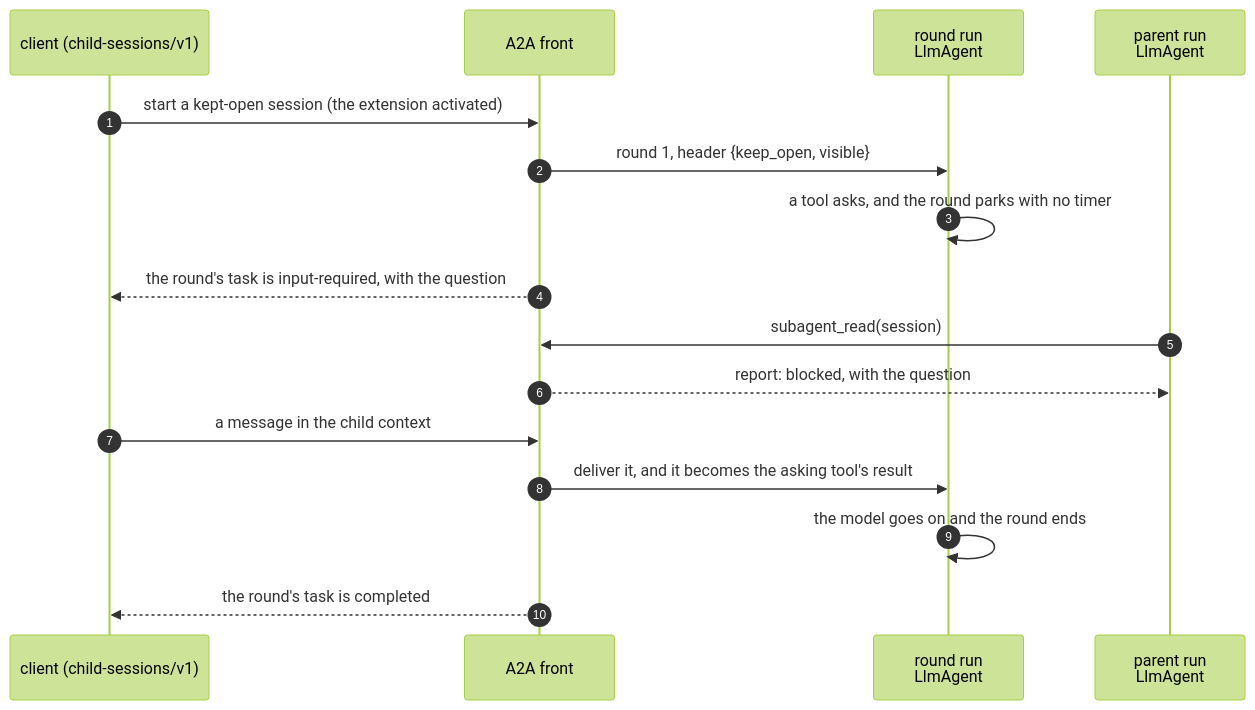
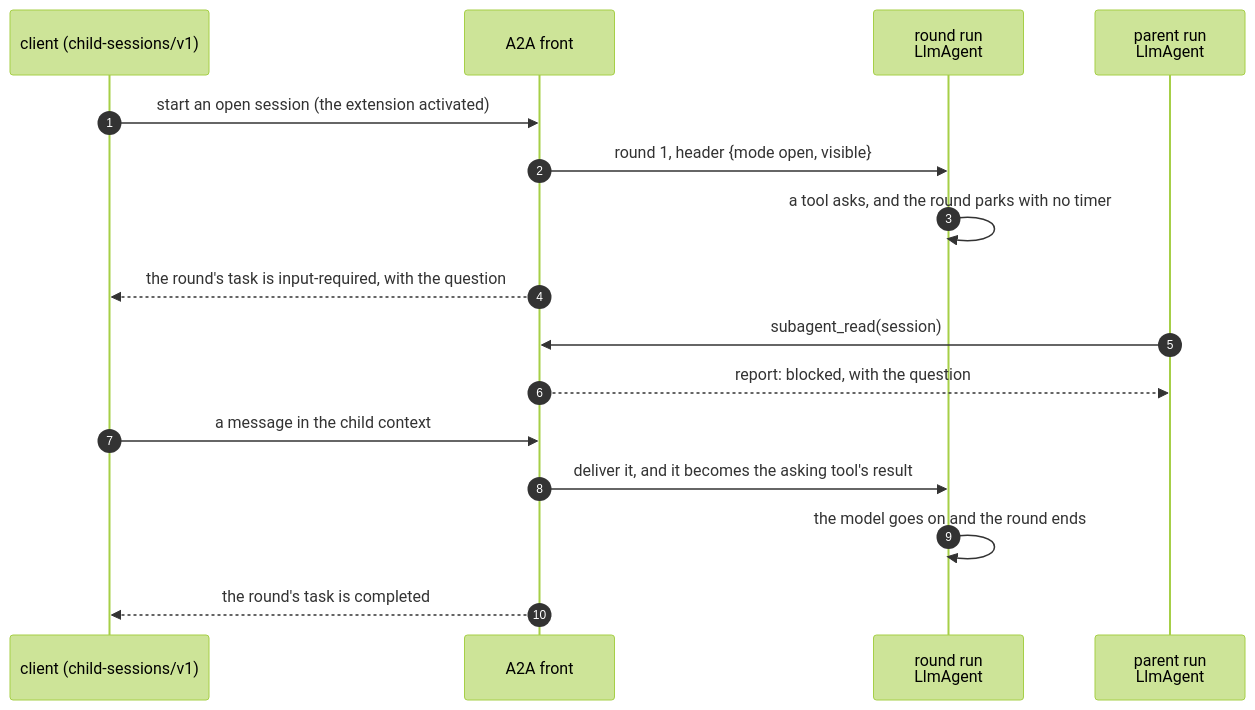
The seventh of 12 diagrams in docs/reference/child-runs.md (vymalo/another-adam-rs), drawn with Mermaid (forest theme) before and after one commit. The commit also changed other lines of this file and 27 other files, not shown here.

First line of the commit message:
feat(subagents): subagent_start takes `mode` and `wait` (ADR 0087 slice C2)

````diff
--- a/docs/reference/child-runs.md
+++ b/docs/reference/child-runs.md
@@ -497,18 +513,18 @@
 ```mermaid
 sequenceDiagram
     autonumber
     participant C as client (child-sessions/v1)
     participant F as A2A front
     participant R as round run<br/>LlmAgent
     participant P as parent run<br/>LlmAgent
-    C->>F: start a kept-open session (the extension activated)
-    F->>R: round 1, header {keep_open, visible}
+    C->>F: start an open session (the extension activated)
+    F->>R: round 1, header {mode open, visible}
     R->>R: a tool asks, and the round parks with no timer
     F-->>C: the round's task is input-required, with the question
     P->>F: subagent_read(session)
     F-->>P: report: blocked, with the question
     C->>F: a message in the child context
     F->>R: deliver it, and it becomes the asking tool's result
     R->>R: the model goes on and the round ends
     F-->>C: the round's task is completed
 ```
````
